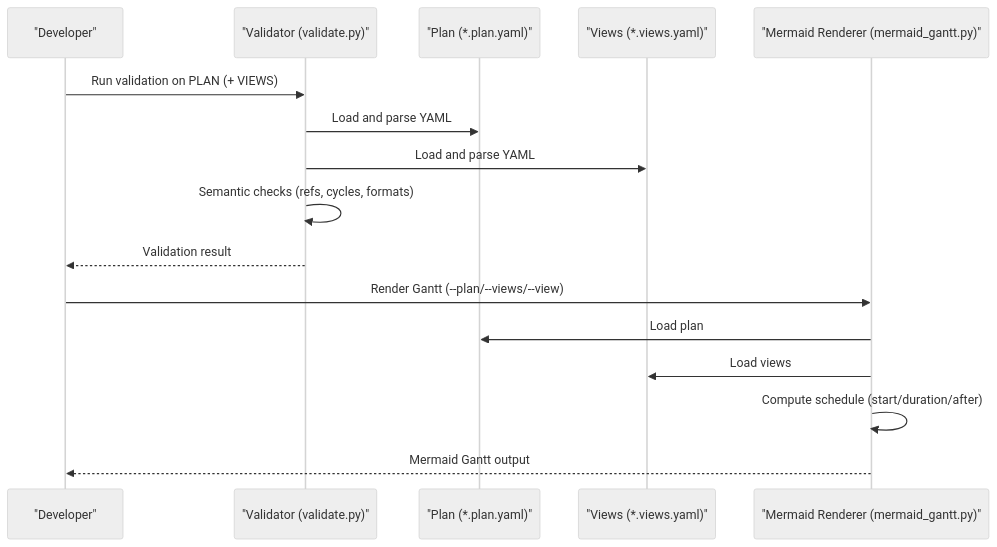
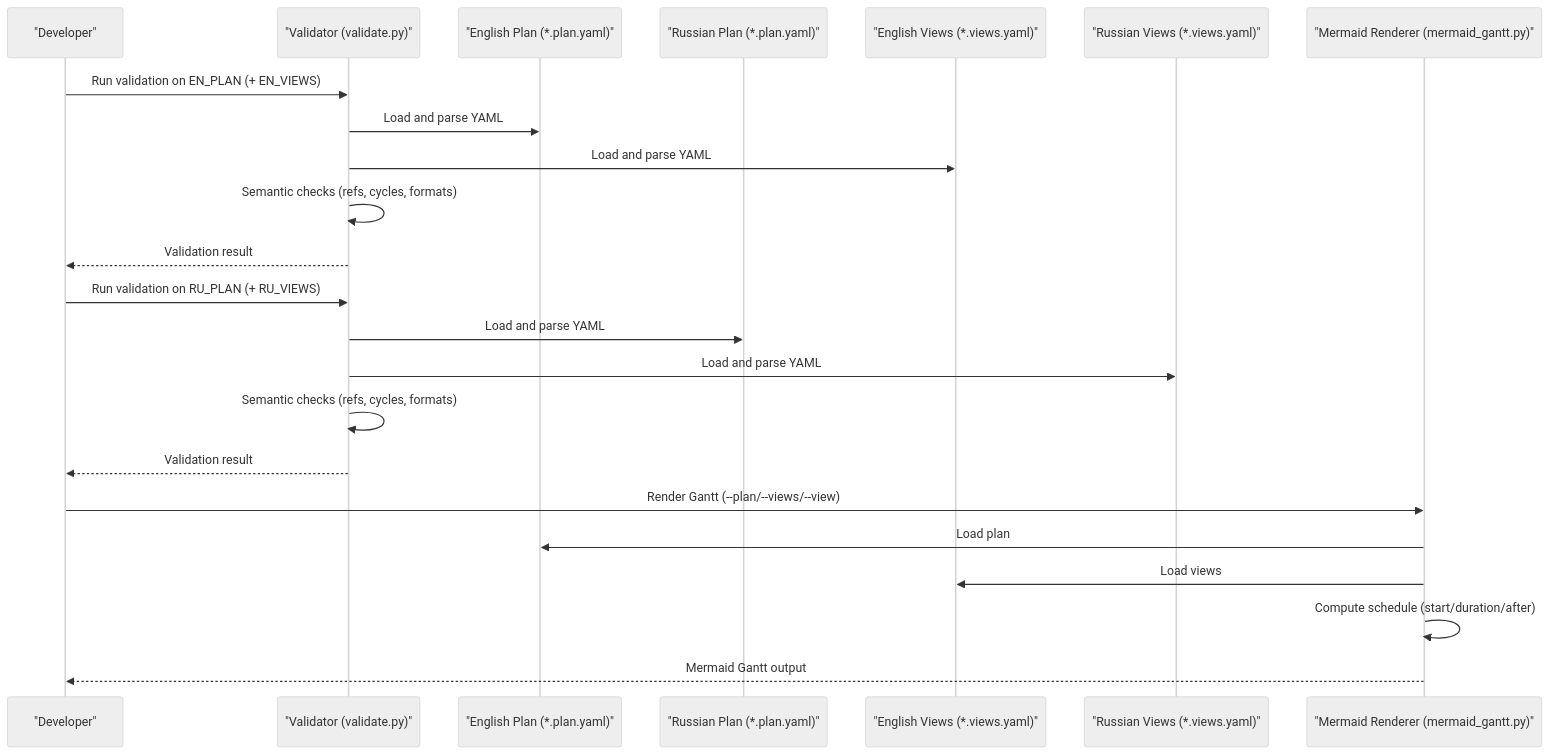
Before and after one commit to asukhodko/opskarta: the second of 6 diagrams in .qoder/repowiki/en/content/Examples and Use Cases/Examples and Use Cases.md, drawn with Mermaid (neutral theme). The commit also changed other lines of this file and 7 other files, not shown here.

First line of the commit message:
feat(docs): add bilingual English and Russian examples and specifications

````diff
--- a/.qoder/repowiki/en/content/Examples and Use Cases/Examples and Use Cases.md
+++ b/.qoder/repowiki/en/content/Examples and Use Cases/Examples and Use Cases.md
@@ -102,18 +153,25 @@
 ```mermaid
 sequenceDiagram
 participant Dev as "Developer"
 participant VAL as "Validator (validate.py)"
-participant PLAN as "Plan (*.plan.yaml)"
-participant VIEWS as "Views (*.views.yaml)"
+participant EN_PLAN as "English Plan (*.plan.yaml)"
+participant RU_PLAN as "Russian Plan (*.plan.yaml)"
+participant EN_VIEWS as "English Views (*.views.yaml)"
+participant RU_VIEWS as "Russian Views (*.views.yaml)"
 participant RENDER as "Mermaid Renderer (mermaid_gantt.py)"
-Dev->>VAL : Run validation on PLAN (+ VIEWS)
-VAL->>PLAN : Load and parse YAML
-VAL->>VIEWS : Load and parse YAML
+Dev->>VAL : Run validation on EN_PLAN (+ EN_VIEWS)
+VAL->>EN_PLAN : Load and parse YAML
+VAL->>EN_VIEWS : Load and parse YAML
+VAL->>VAL : Semantic checks (refs, cycles, formats)
+VAL-->>Dev : Validation result
+Dev->>VAL : Run validation on RU_PLAN (+ RU_VIEWS)
+VAL->>RU_PLAN : Load and parse YAML
+VAL->>RU_VIEWS : Load and parse YAML
 VAL->>VAL : Semantic checks (refs, cycles, formats)
 VAL-->>Dev : Validation result
 Dev->>RENDER : Render Gantt (--plan/--views/--view)
-RENDER->>PLAN : Load plan
-RENDER->>VIEWS : Load views
+RENDER->>EN_PLAN : Load plan
+RENDER->>EN_VIEWS : Load views
 RENDER->>RENDER : Compute schedule (start/duration/after)
 RENDER-->>Dev : Mermaid Gantt output
 ```
````
